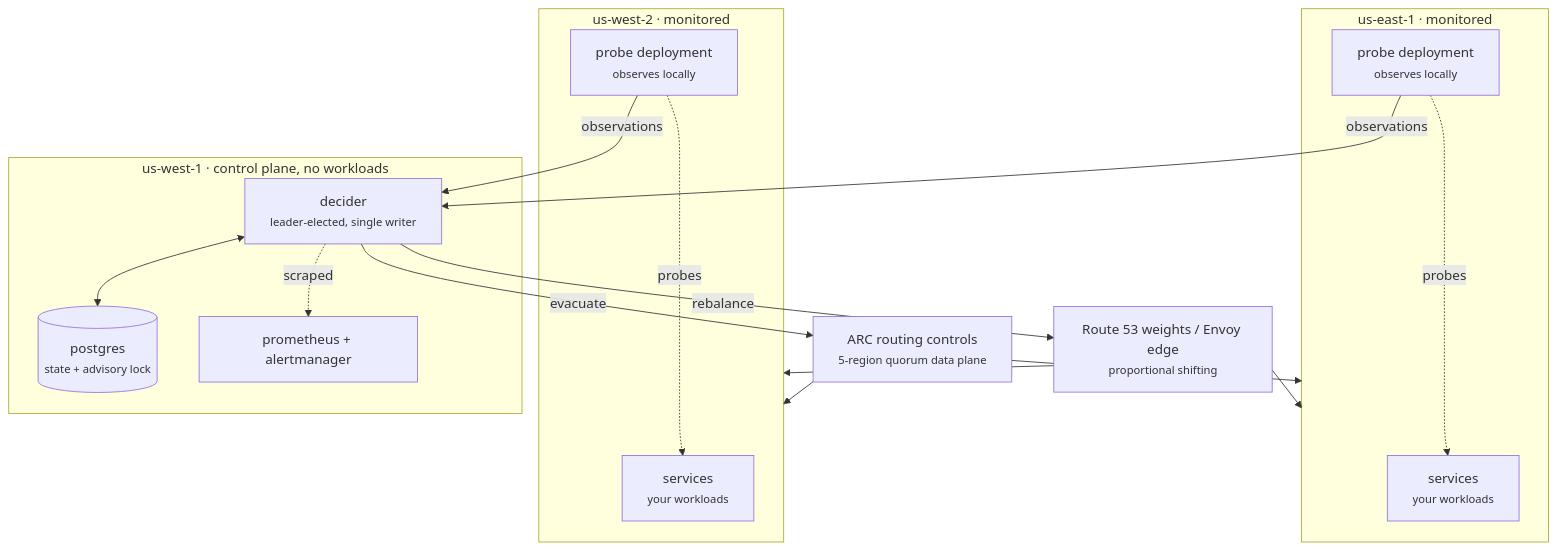
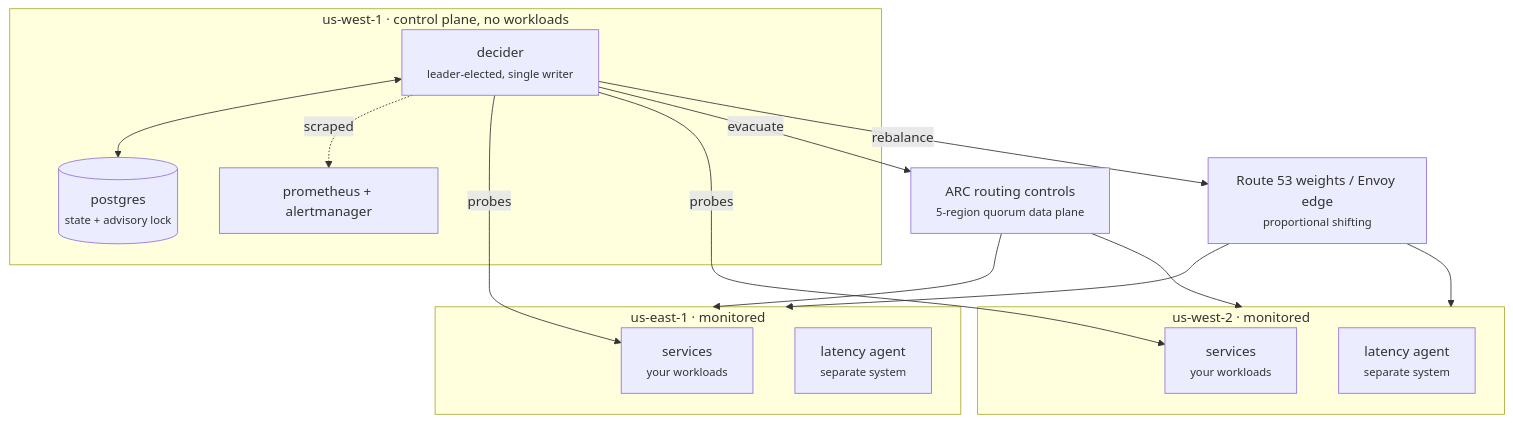
The first of 2 diagrams in design/deployment-architecture.md (beravelli/health-checker-router), drawn with Mermaid before and after one commit. The commit also changed other lines of this file and 3 other files, not shown here.

````diff
--- a/design/deployment-architecture.md
+++ b/design/deployment-architecture.md
@@ -12,34 +12,32 @@
 ```mermaid
 flowchart TB
     subgraph east["us-east-1 · monitored"]
         esvc["services<br/><small>your workloads</small>"]
-        eprobe["probe deployment<br/><small>observes locally</small>"]
-        eprobe -. probes .-> esvc
+        elat["latency agent<br/><small>separate system</small>"]
     end
 
     subgraph west["us-west-2 · monitored"]
         wsvc["services<br/><small>your workloads</small>"]
-        wprobe["probe deployment<br/><small>observes locally</small>"]
-        wprobe -. probes .-> wsvc
+        wlat["latency agent<br/><small>separate system</small>"]
     end
 
     subgraph cp["us-west-1 · control plane, no workloads"]
         decider["decider<br/><small>leader-elected, single writer</small>"]
         pg[("postgres<br/><small>state + advisory lock</small>")]
         prom["prometheus + alertmanager"]
         decider <--> pg
         decider -. scraped .-> prom
     end
 
     arc["ARC routing controls<br/><small>5-region quorum data plane</small>"]
     r53["Route 53 weights / Envoy edge<br/><small>proportional shifting</small>"]
 
-    eprobe -- observations --> decider
-    wprobe -- observations --> decider
+    decider -- probes --> esvc
+    decider -- probes --> wsvc
     decider -- evacuate --> arc
     decider -- rebalance --> r53
     arc --> east
     arc --> west
     r53 --> east
     r53 --> west
 ```
````
